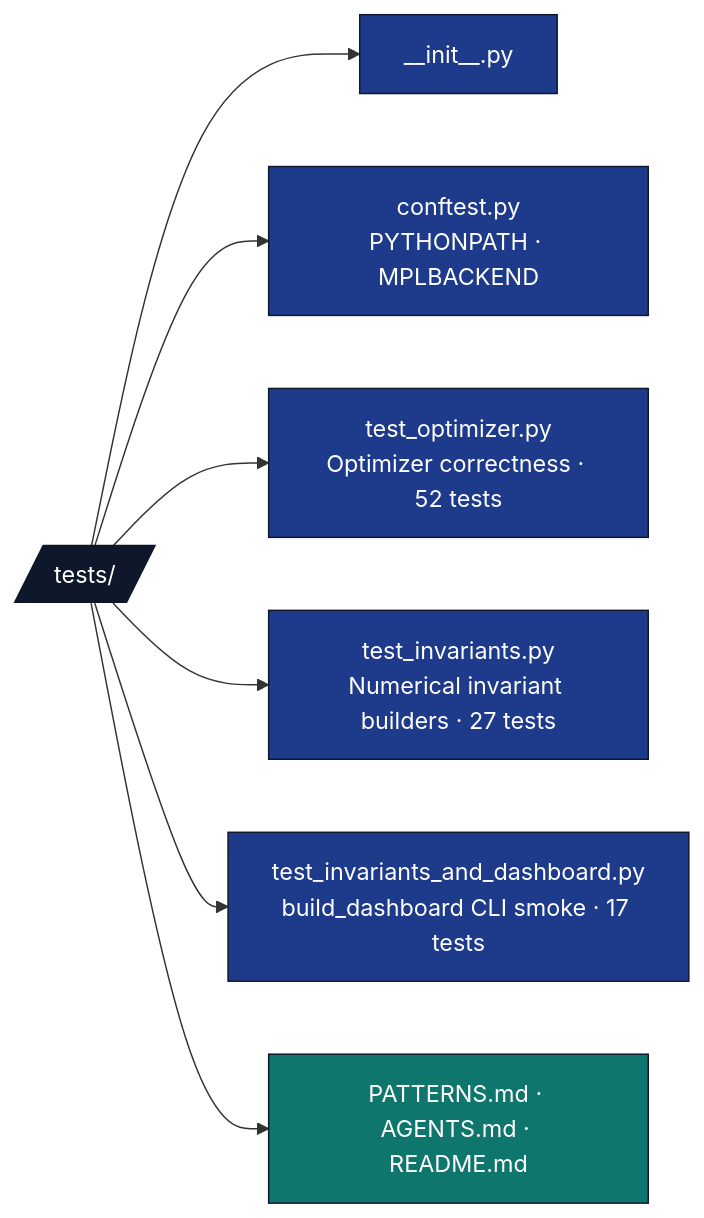
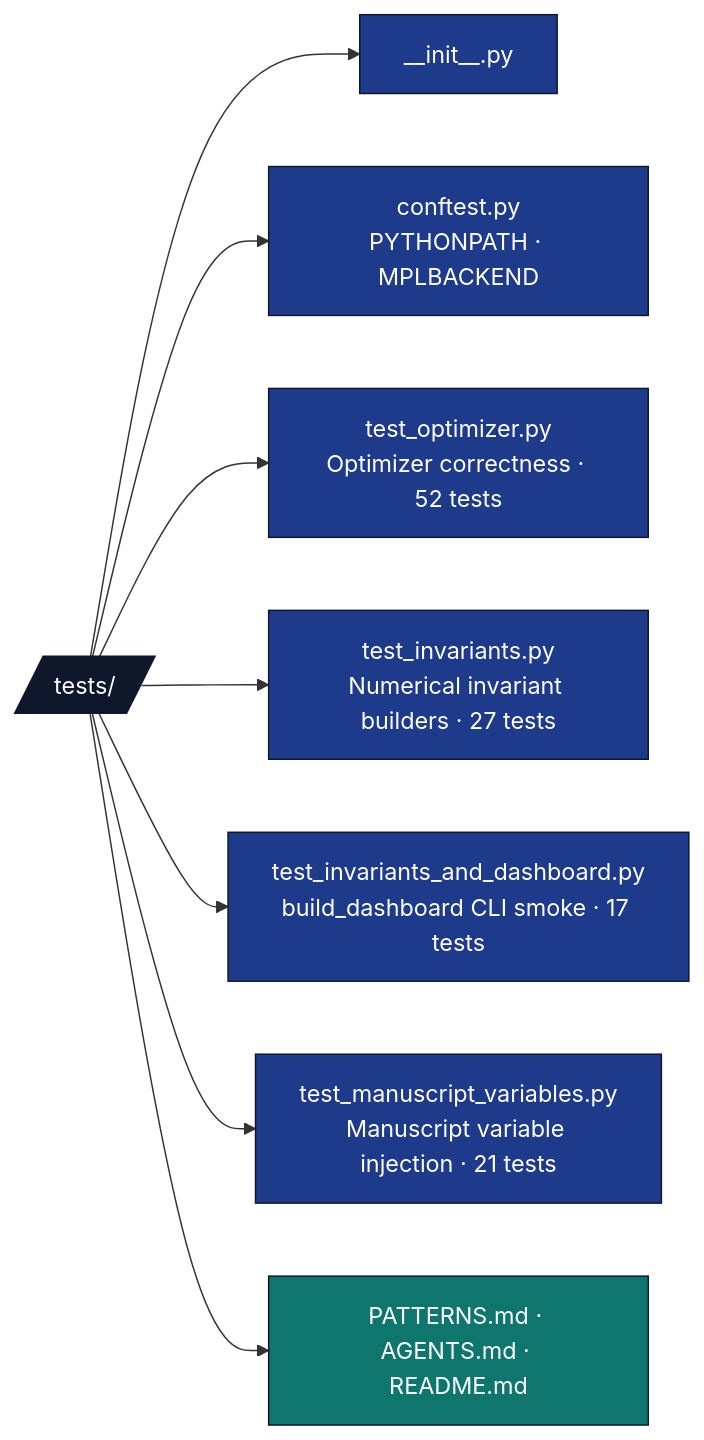
Before and after one commit to docxology/template: the diagram in projects/template_code_project/tests/AGENTS.md, drawn with Mermaid. The commit also changed 952 other files, not shown here.

````diff
--- a/projects/template_code_project/tests/AGENTS.md
+++ b/projects/template_code_project/tests/AGENTS.md
@@ -16,17 +16,18 @@
 ```mermaid
 flowchart LR
     T[/tests//]
     T --> INIT[__init__.py]
     T --> CFG[conftest.py<br/>PYTHONPATH · MPLBACKEND]
     T --> TEST[test_optimizer.py<br/>Optimizer correctness · 52 tests]
     T --> TINV[test_invariants.py<br/>Numerical invariant builders · 27 tests]
     T --> TIDA[test_invariants_and_dashboard.py<br/>build_dashboard CLI smoke · 17 tests]
+    T --> TMV[test_manuscript_variables.py<br/>Manuscript variable injection · 21 tests]
     T --> DOCS[PATTERNS.md · AGENTS.md · README.md]
 
     classDef d fill:#0f172a,stroke:#0f172a,color:#fff
     classDef code fill:#1e3a8a,stroke:#0f172a,color:#fff
     classDef doc fill:#0f766e,stroke:#0f172a,color:#fff
     class T d
-    class INIT,CFG,TEST,TINV,TIDA code
+    class INIT,CFG,TEST,TINV,TIDA,TMV code
     class DOCS doc
 ```
````
